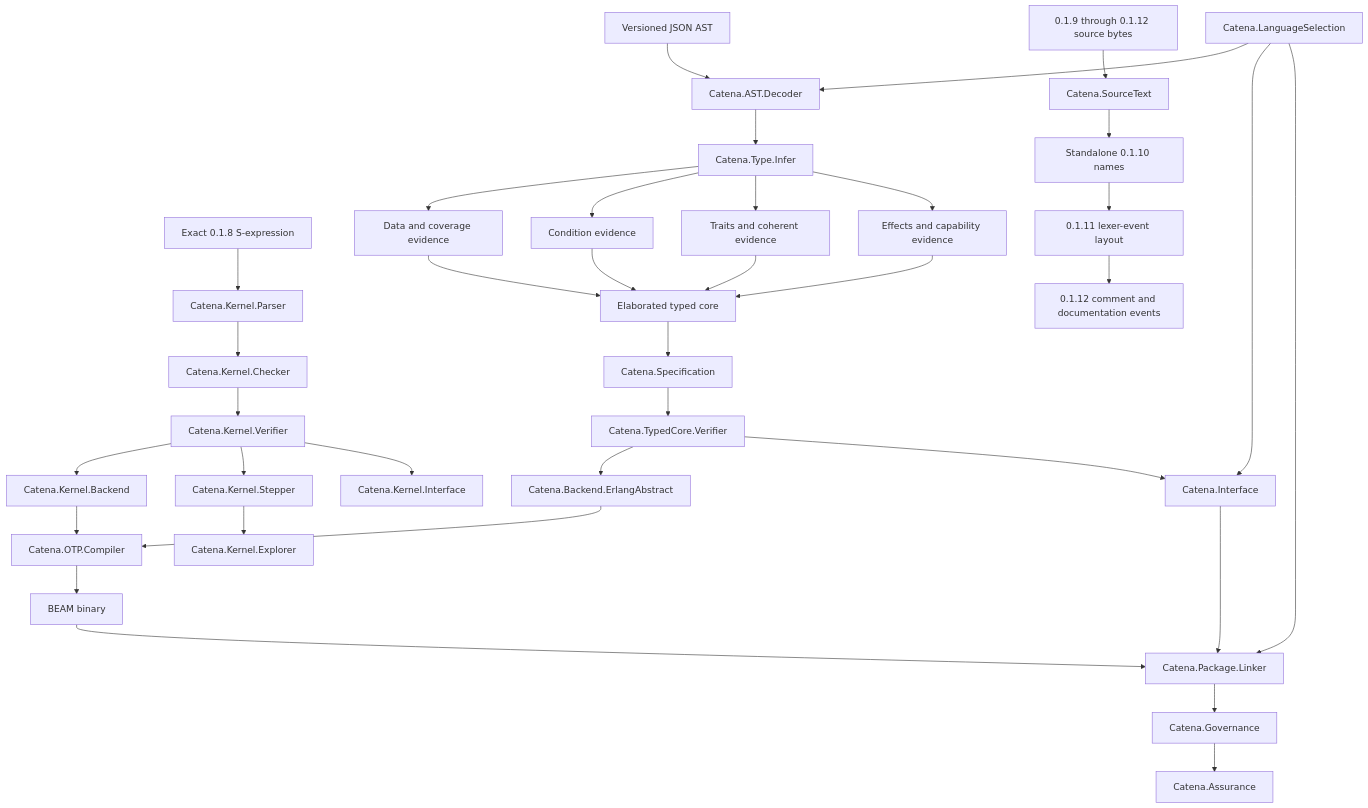
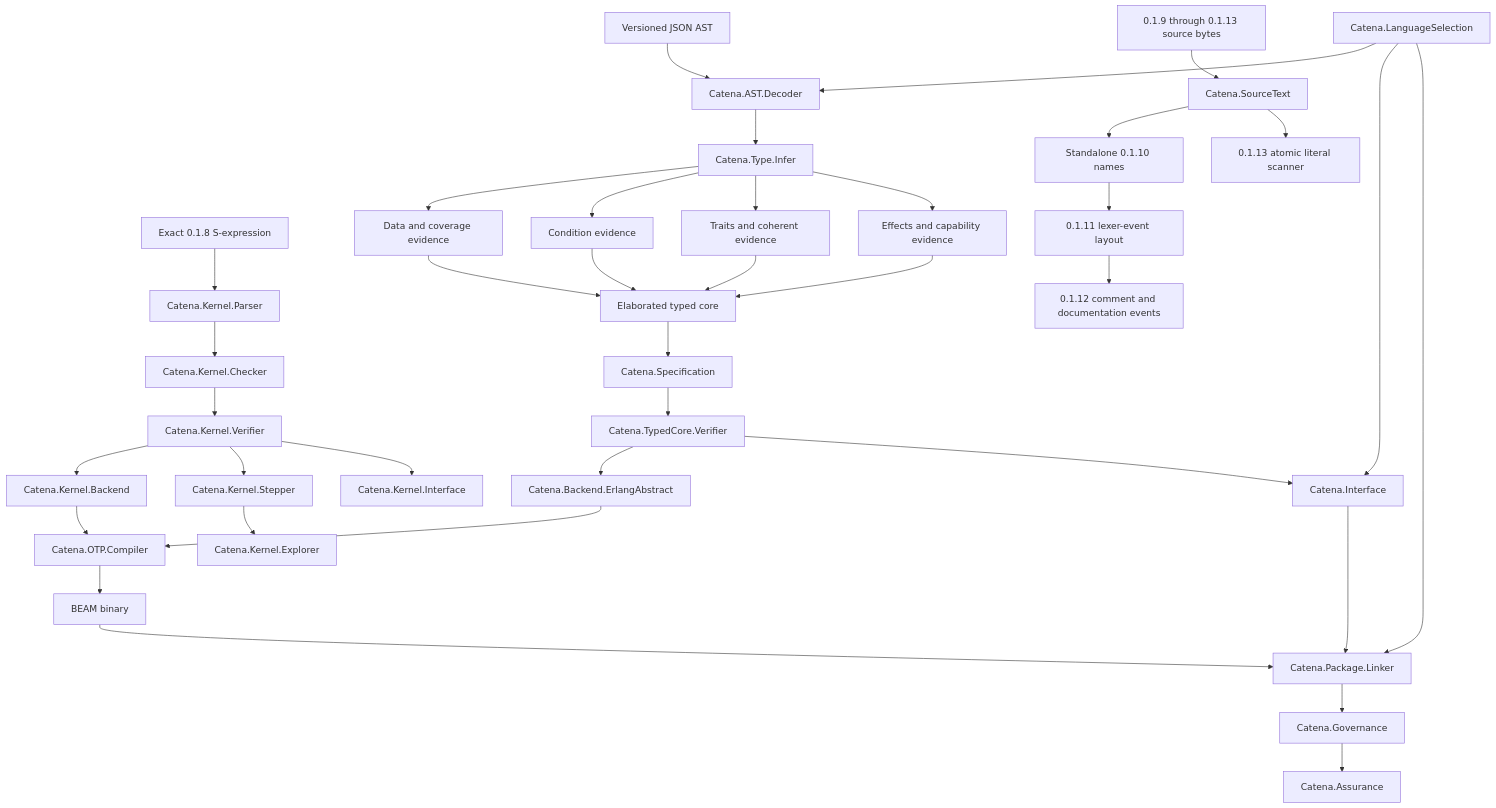
Before and after one commit to pcharbon70/catena: the diagram in guides/development/compiler-architecture.md, drawn with Mermaid. The commit also changed other lines of this file and 25 other files, not shown here.

Commit message:
Implement Catena 0.1.13 literal grammar

````diff
--- a/guides/development/compiler-architecture.md
+++ b/guides/development/compiler-architecture.md
@@ -46,39 +46,40 @@
 ```mermaid
 flowchart TD
     JSON[Versioned JSON AST] --> Decoder[Catena.AST.Decoder]
     Kernel[Exact 0.1.8 S-expression] --> KParser[Catena.Kernel.Parser]
-    Source[0.1.9 through 0.1.12 source bytes] --> SourceText[Catena.SourceText]
+    Source[0.1.9 through 0.1.13 source bytes] --> SourceText[Catena.SourceText]
     SourceText --> Names[Standalone 0.1.10 names]
     Names --> Layout[0.1.11 lexer-event layout]
     Layout --> Comments[0.1.12 comment and documentation events]
+    SourceText --> Literals[0.1.13 atomic literal scanner]
     Selection[Catena.LanguageSelection] --> Decoder
     Decoder --> Infer[Catena.Type.Infer]
     Infer --> Data[Data and coverage evidence]
     Infer --> Cond[Condition evidence]
     Infer --> Cat[Traits and coherent evidence]
     Infer --> FX[Effects and capability evidence]
     Data --> Core[Elaborated typed core]
     Cond --> Core
     Cat --> Core
     FX --> Core
     Core --> Spec[Catena.Specification]
     Spec --> Verify[Catena.TypedCore.Verifier]
     Verify --> Backend[Catena.Backend.ErlangAbstract]
     Backend --> OTP[Catena.OTP.Compiler]
     OTP --> Beam[BEAM binary]
     Verify --> Interface[Catena.Interface]
     KParser --> KCheck[Catena.Kernel.Checker]
     KCheck --> KVerify[Catena.Kernel.Verifier]
     KVerify --> KBackend[Catena.Kernel.Backend]
     KVerify --> Stepper[Catena.Kernel.Stepper]
     Stepper --> Explorer[Catena.Kernel.Explorer]
     KBackend --> OTP
     KVerify --> KInterface[Catena.Kernel.Interface]
 
     Beam --> Linker[Catena.Package.Linker]
     Interface --> Linker
     Selection --> Interface
     Selection --> Linker
     Linker --> Governance[Catena.Governance]
     Governance --> Assurance[Catena.Assurance]
 ```
````
